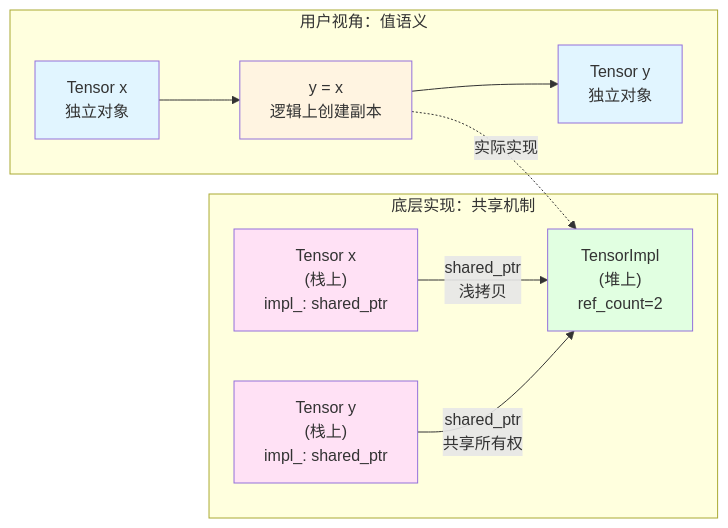
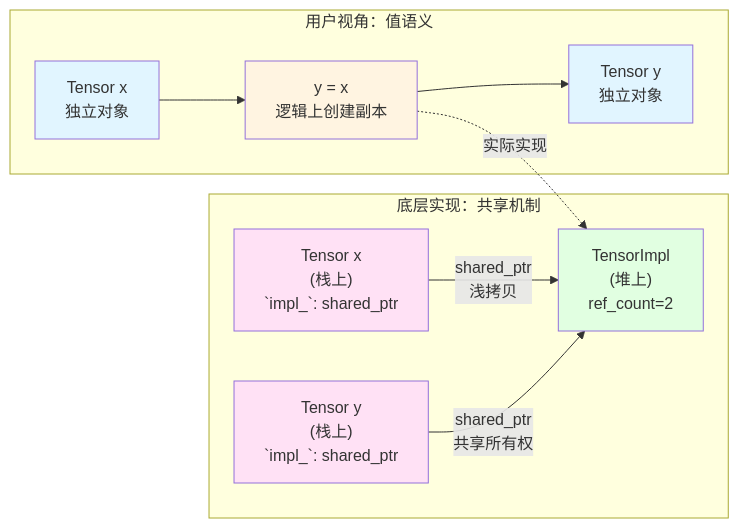
One commit to jinbooooom/OriginDL changed the third of 21 diagrams in docs/design/architecture.md. Above: the diagram before and after it, drawn with Mermaid. The commit also changed other lines of this file, not shown here.

Commit message:
doc(architecture): refine Mat/Operator sections and add type promotion with MaybeOwned

````diff
--- a/docs/design/architecture.md
+++ b/docs/design/architecture.md
@@ -164,27 +164,27 @@
 ```mermaid
 graph LR
     subgraph "用户视角：值语义"
         UserX["Tensor x<br/>独立对象"]
         UserY["Tensor y<br/>独立对象"]
         UserCopy["y = x<br/>逻辑上创建副本"]
         UserX --> UserCopy
         UserCopy --> UserY
     end
     
     subgraph "底层实现：共享机制"
-        StackX["Tensor x<br/>(栈上)<br/>impl_: shared_ptr"]
-        StackY["Tensor y<br/>(栈上)<br/>impl_: shared_ptr"]
+        StackX["Tensor x<br/>(栈上)<br/>`impl_`: shared_ptr"]
+        StackY["Tensor y<br/>(栈上)<br/>`impl_`: shared_ptr"]
         SharedImpl["TensorImpl<br/>(堆上)<br/>ref_count=2"]
         StackX -->|"shared_ptr<br/>浅拷贝"| SharedImpl
         StackY -->|"shared_ptr<br/>共享所有权"| SharedImpl
     end
     
     UserCopy -.->|"实际实现"| SharedImpl
     
     style UserX fill:#e1f5ff
     style UserY fill:#e1f5ff
     style UserCopy fill:#fff4e1
     style StackX fill:#ffe1f5
     style StackY fill:#ffe1f5
     style SharedImpl fill:#e1ffe1
 ```
````
